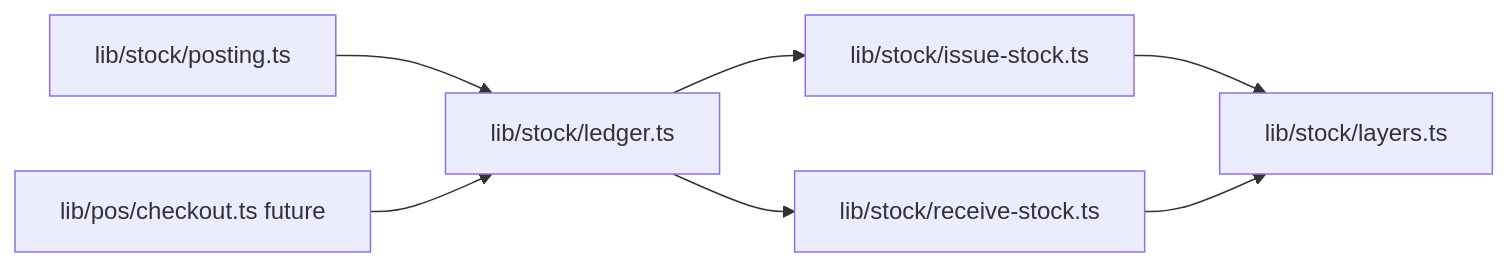
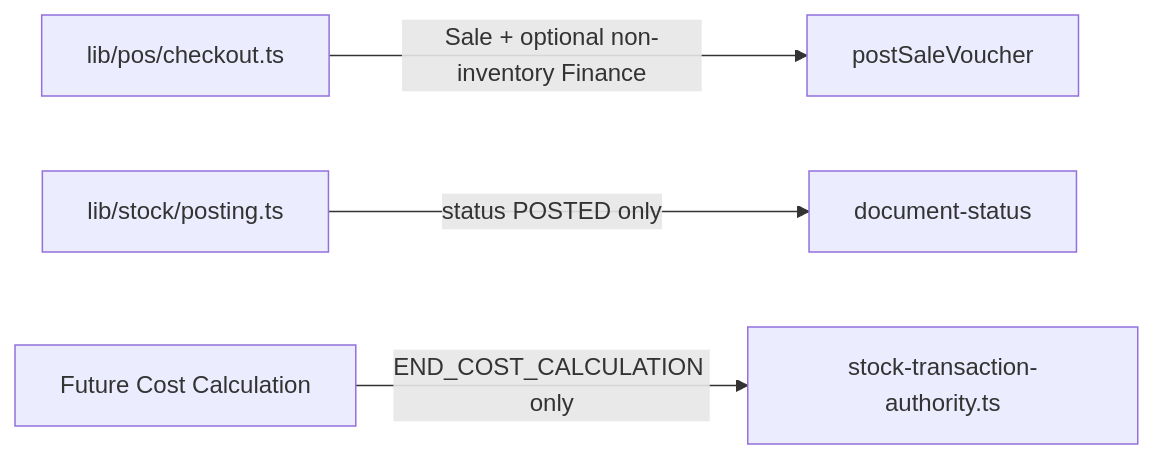
One commit to thkiti/asa-con-v0 changed the diagram in docs/ARCHITECTURE_GUARDS.md. Above: the diagram before and after it, drawn with Mermaid. The commit also changed other lines of this file and 159 other files, not shown here.

First line of the commit message:
feat(stock): finalize stock document location semantics and inquiry UI refinements

````diff
--- a/docs/ARCHITECTURE_GUARDS.md
+++ b/docs/ARCHITECTURE_GUARDS.md
@@ -29,16 +42,11 @@
 ```mermaid
 flowchart LR
+  checkout[lib/pos/checkout.ts]
   posting[lib/stock/posting.ts]
-  pos[lib/pos/checkout.ts future]
-  ledger[lib/stock/ledger.ts]
-  issue[lib/stock/issue-stock.ts]
-  receive[lib/stock/receive-stock.ts]
-  layers[lib/stock/layers.ts]
+  authority[stock-transaction-authority.ts]
+  costCalc[Future Cost Calculation]
 
-  posting --> ledger
-  pos --> ledger
-  ledger --> issue
-  ledger --> receive
-  issue --> layers
-  receive --> layers
+  checkout -->|"Sale + optional non-inventory Finance"| saleFin[postSaleVoucher]
+  posting -->|"status POSTED only"| docStatus[document-status]
+  costCalc -->|"END_COST_CALCULATION only"| authority
 ```
````
